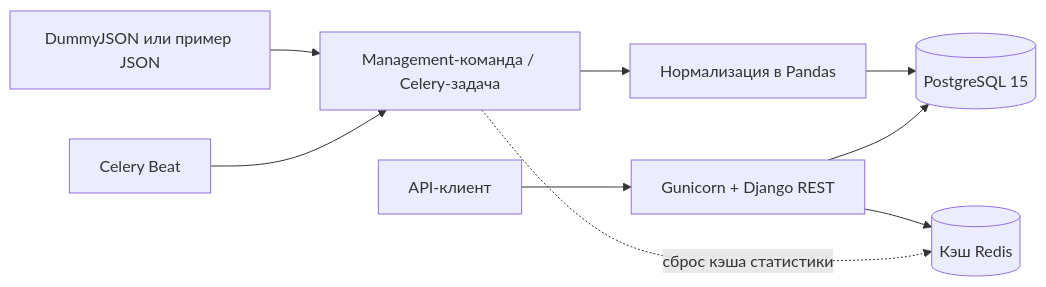
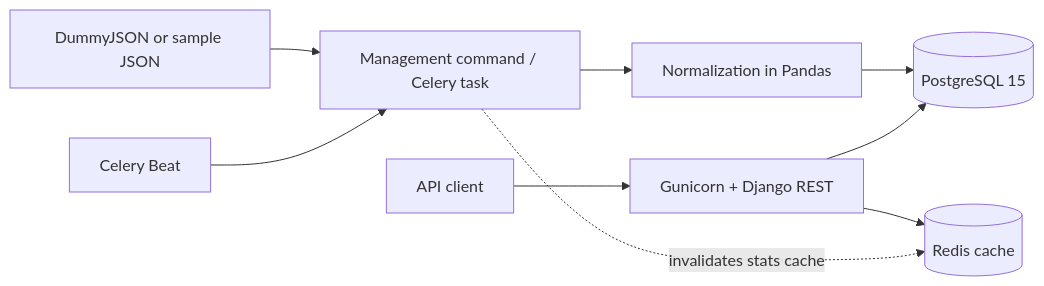
The diagram in README.md (nurzhvn52/product-stats-api), drawn with Mermaid before and after one commit. The commit also changed other lines of this file, not shown here.

````diff
--- a/README.md
+++ b/README.md
@@ -12,11 +14,11 @@
 ```mermaid
 flowchart LR
-    Source[DummyJSON или пример JSON] --> Import[Management-команда / Celery-задача]
+    Source[DummyJSON or sample JSON] --> Import[Management command / Celery task]
     Beat[Celery Beat] --> Import
-    Import --> Pandas[Нормализация в Pandas]
+    Import --> Pandas[Normalization in Pandas]
     Pandas --> PostgreSQL[(PostgreSQL 15)]
-    Client[API-клиент] --> Web[Gunicorn + Django REST]
+    Client[API client] --> Web[Gunicorn + Django REST]
     Web --> PostgreSQL
-    Web --> Redis[(Кэш Redis)]
-    Import -. сброс кэша статистики .-> Redis
+    Web --> Redis[(Redis cache)]
+    Import -. invalidates stats cache .-> Redis
 ```
````
